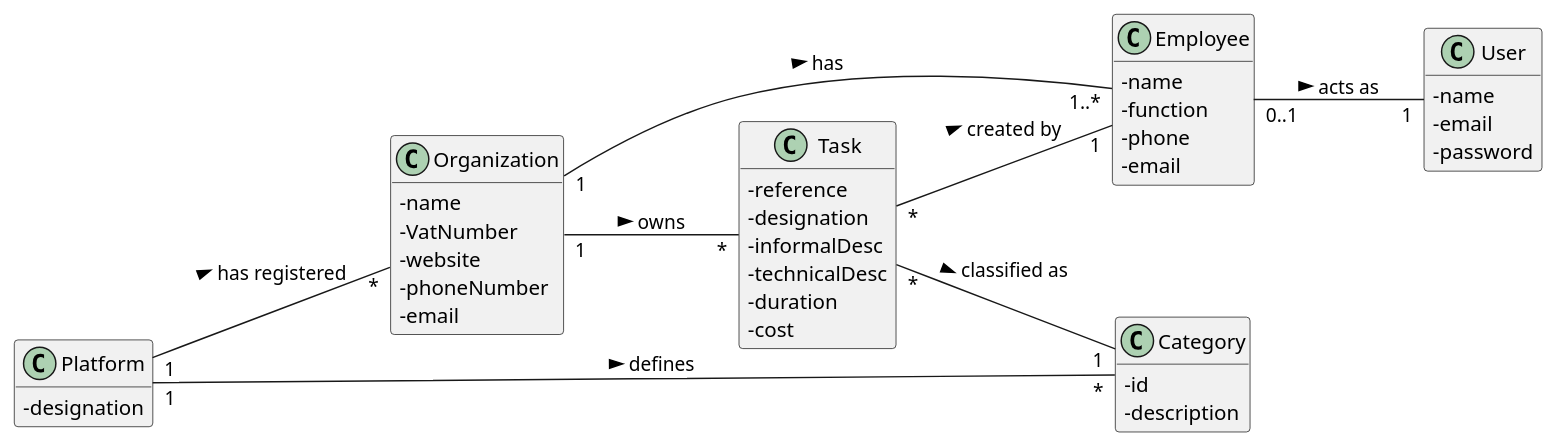
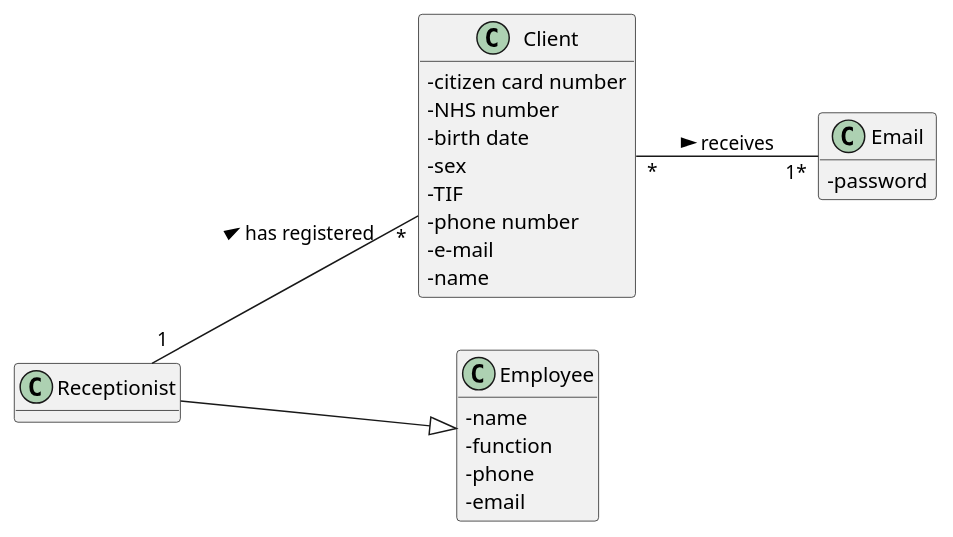
Before and after one commit to manu-07-ela/LAPR2_ISEP: the diagram in docs/SprintB/US03/US3_MD.puml, drawn with PlantUML. The commit also changed 2 other files, not shown here.

```diff
--- a/docs/SprintB/US03/US3_MD.puml
+++ b/docs/SprintB/US03/US3_MD.puml
@@ -1,56 +1,39 @@
 @startuml
 hide methods
 left to right direction
 skinparam classAttributeIconSize 0
 
 
-class Platform {
-  -designation
+class Receptionist {
+
 }
 
-class Organization {
+class Client {
+  -citizen card number
+  -NHS number
+  -birth date
+  -sex
+  -TIF
+  -phone number
+  -e-mail
   -name
-  -VatNumber
-  -website
-  -phoneNumber
-  -email
 }
 
-class Task {
-  -reference
-  -designation
-  -informalDesc
-  -technicalDesc
-  -duration
-  -cost
-}
-
-class Category {
-  -id
-  -description
+class Email {
+  -password
 }
 
 class Employee {
   -name
   -function
   -phone
   -email
 }
 
-class User {
-  -name
-  -email
-  -password
-}
 
-Platform "1" -- "*" Organization : has registered >
-Platform "1" -- "*" Category : defines >
-Organization "1" -- "1..*" Employee : has >
-Organization "1" -- "*" Task: owns >
-Task "*" -- "1" Employee: created by >
-Employee "0..1" -- "1" User: acts as >
-Task "*" -- "1" Category: classified as >
-
+Receptionist "1" -- "*" Client : has registered >
+Client "*" -- "1*" Email: receives >
+Receptionist --|> Employee
 
 
 @enduml
```
